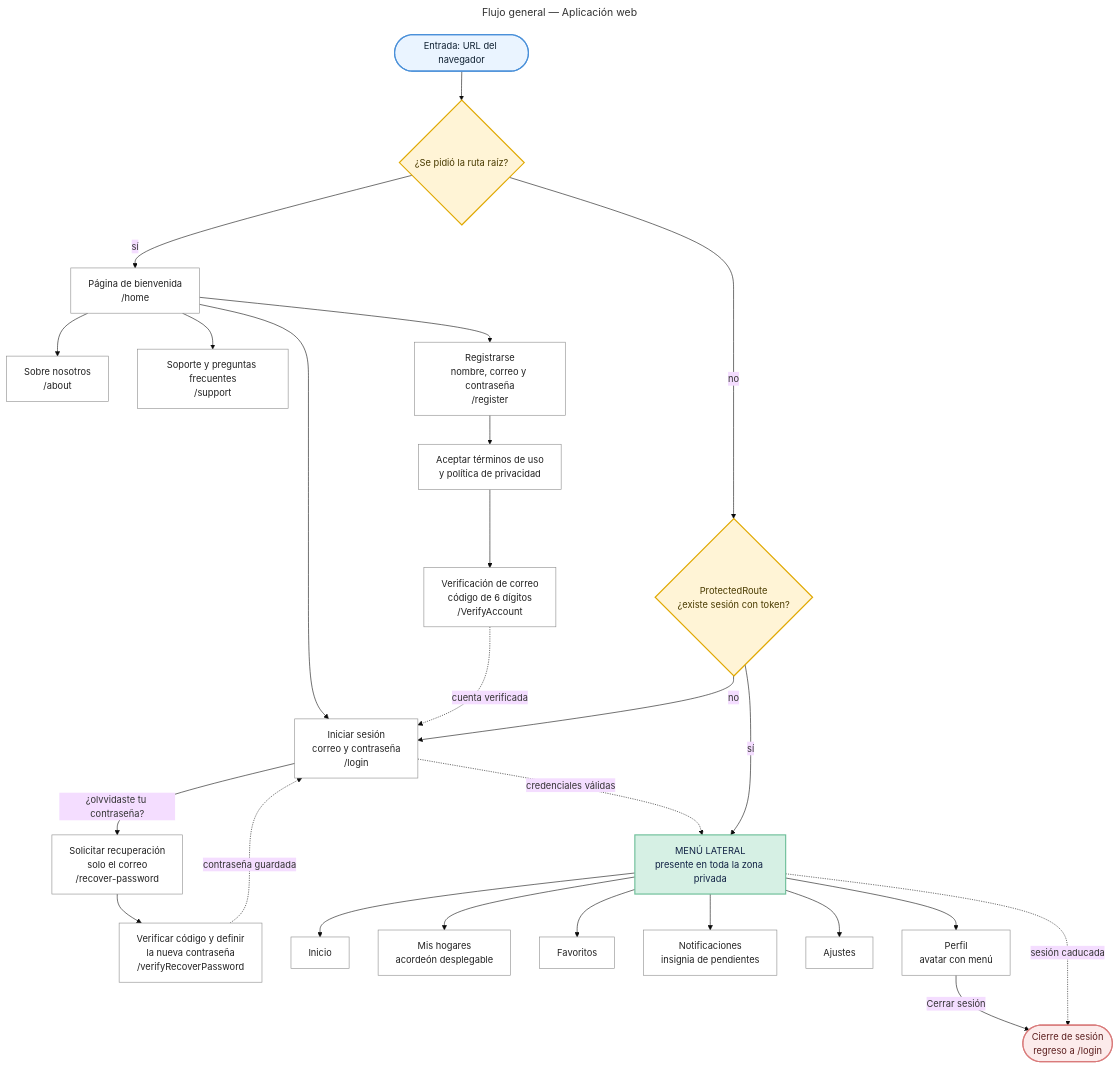
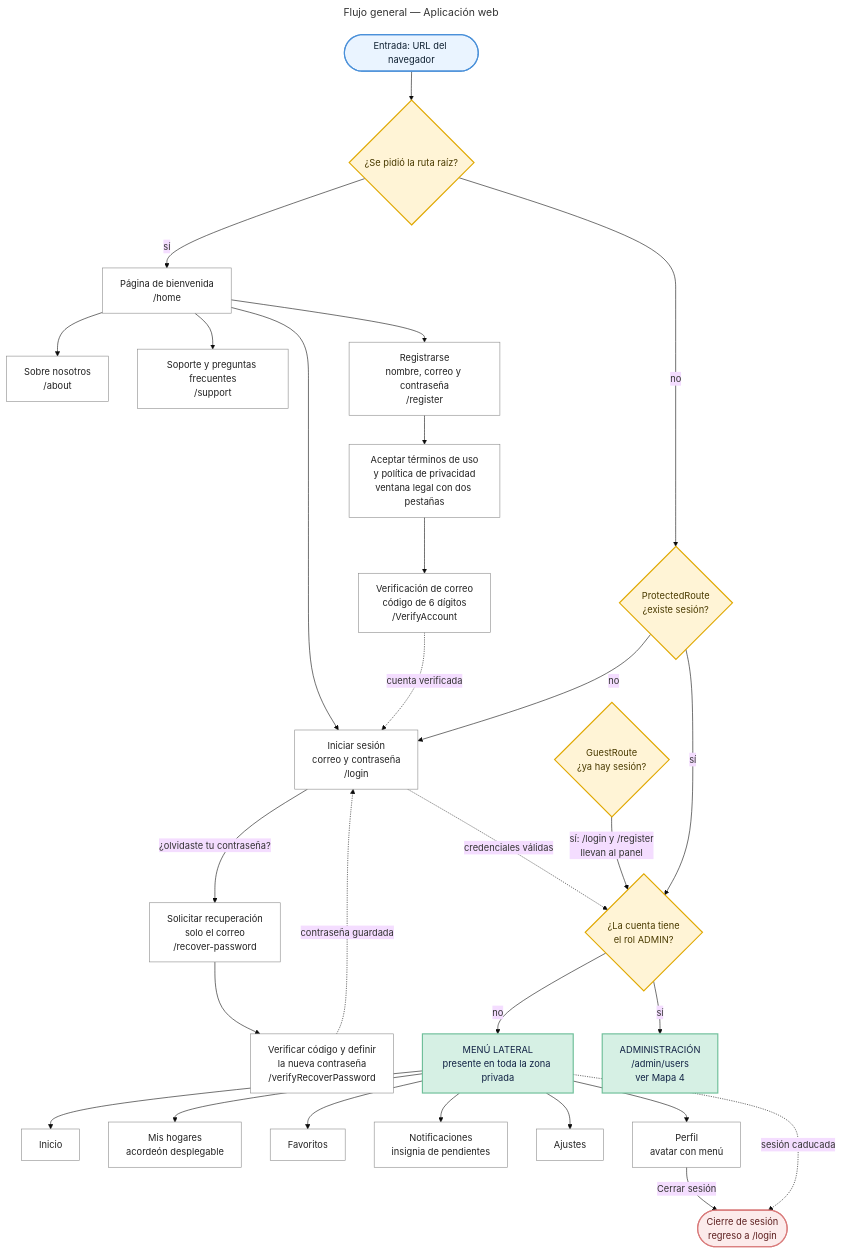
Before and after one commit to Juan-Cortes2045/energy-monitor-docs-final: the first of 4 diagrams in 03-analisis-software/ES/navegacion/mapa-navegacion-web.md, drawn with Mermaid (base theme). The commit also changed other lines of this file and 7 other files, not shown here.

````diff
--- a/03-analisis-software/ES/navegacion/mapa-navegacion-web.md
+++ b/03-analisis-software/ES/navegacion/mapa-navegacion-web.md
@@ -13,72 +13,78 @@
 ```mermaid
 ---
 title: Flujo general — Aplicación web
 ---
 flowchart TD
 
   START([" Entrada: URL del navegador "])
   REDIR{"¿Se pidió la ruta raíz?"}
   START --> REDIR
   REDIR -->|"sí"| HOME
   REDIR -->|no| GUARD
 
   HOME["Página de bienvenida<br/>/home"]
   ABOUT["Sobre nosotros<br/>/about"]
   SUPPORT["Soporte y preguntas frecuentes<br/>/support"]
 
   HOME --> ABOUT
   HOME --> SUPPORT
   HOME --> LOGIN
   HOME --> REG
 
   LOGIN["Iniciar sesión<br/>correo y contraseña<br/>/login"]
   REG["Registrarse<br/>nombre, correo y contraseña<br/>/register"]
-  LEGAL["Aceptar términos de uso<br/>y política de privacidad"]
+  LEGAL["Aceptar términos de uso<br/>y política de privacidad<br/>ventana legal con dos pestañas"]
   VERIFY["Verificación de correo<br/>código de 6 dígitos<br/>/VerifyAccount"]
   FORGOT["Solicitar recuperación<br/>solo el correo<br/>/recover-password"]
   VRESET["Verificar código y definir<br/>la nueva contraseña<br/>/verifyRecoverPassword"]
 
   REG --> LEGAL
   LEGAL --> VERIFY
-  LOGIN -->|"¿olvvidaste tu contraseña?"| FORGOT
+  LOGIN -->|"¿olvidaste tu contraseña?"| FORGOT
   FORGOT --> VRESET
 
   VERIFY -.->|"cuenta verificada"| LOGIN
   VRESET -.->|"contraseña guardada"| LOGIN
-  LOGIN -.->|"credenciales válidas"| SIDE
+  LOGIN -.->|"credenciales válidas"| ROLE
 
-  GUARD{"ProtectedRoute<br/>¿existe sesión con token?"}
+  GUEST{"GuestRoute<br/>¿ya hay sesión?"}
+  GUEST -->|"sí: /login y /register<br/>llevan al panel"| ROLE
+  GUARD{"ProtectedRoute<br/>¿existe sesión?"}
   GUARD -->|no| LOGIN
-  GUARD -->|sí| SIDE
+  GUARD -->|sí| ROLE
+  ROLE{"¿La cuenta tiene<br/>el rol ADMIN?"}
+  ROLE -->|no| SIDE
+  ROLE -->|sí| ADMIN
+  ADMIN["ADMINISTRACIÓN<br/>/admin/users<br/>ver Mapa 4"]
 
   SIDE["MENÚ LATERAL<br/>presente en toda la zona privada"]
 
   NINICIO["Inicio"]
   NHOGAR["Mis hogares<br/>acordeón desplegable"]
   NFAV["Favoritos"]
   NNOTIF["Notificaciones<br/>insignia de pendientes"]
   NSET["Ajustes"]
   NPERFIL["Perfil<br/>avatar con menú"]
 
   SIDE --> NINICIO
   SIDE --> NHOGAR
   SIDE --> NFAV
   SIDE --> NNOTIF
   SIDE --> NSET
   SIDE --> NPERFIL
 
   NPERFIL -->|"Cerrar sesión"| LOGOUT
   SIDE -.->|"sesión caducada"| LOGOUT
   LOGOUT(["Cierre de sesión<br/>regreso a /login"])
 
   START:::start
   LOGOUT:::exit
   classDef start fill:#eaf4ff,stroke:#4a90d9,stroke-width:2px,color:#123;
   classDef exit fill:#fcebeb,stroke:#d97b7b,stroke-width:2px,color:#5c1f1f;
-  class SIDE module
+  class SIDE,ADMIN module
   classDef module fill:#d6f0e4,stroke:#6fbf9a,stroke-width:2px,color:#124;
-  class REDIR,GUARD guard
+  class REDIR,GUARD,GUEST,ROLE guard
   classDef guard fill:#fff4d6,stroke:#e0a800,stroke-width:2px,color:#4a3b00;
   class HOME,ABOUT,SUPPORT,LOGIN,REG,LEGAL,VERIFY,FORGOT,VRESET,NINICIO,NHOGAR,NFAV,NNOTIF,NSET,NPERFIL screen
   classDef screen fill:#ffffff,stroke:#8a8a8a,color:#222;
 ```
````
